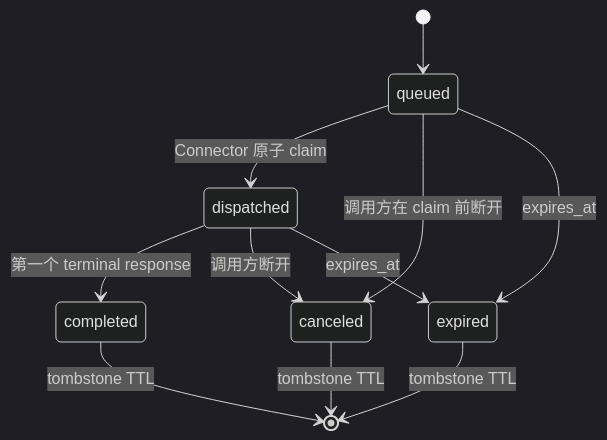
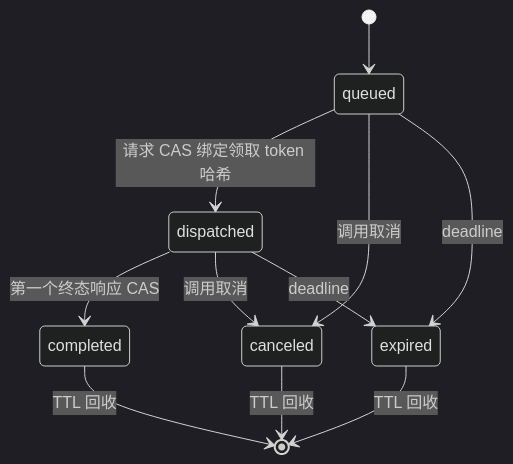
The third of 4 diagrams in docs/design/be/mcp-tunnels.md (superduck-ai/open-managed-agents), drawn with Mermaid (dark theme) before and after one commit. The commit also changed other lines of this file and 60 other files, not shown here.

````diff
--- a/docs/design/be/mcp-tunnels.md
+++ b/docs/design/be/mcp-tunnels.md
@@ -205,13 +207,13 @@
 ```mermaid
 stateDiagram-v2
     [*] --> queued
-    queued --> dispatched: Connector 原子 claim
-    queued --> canceled: 调用方在 claim 前断开
-    queued --> expired: expires_at
-    dispatched --> completed: 第一个 terminal response
-    dispatched --> canceled: 调用方断开
-    dispatched --> expired: expires_at
-    completed --> [*]: tombstone TTL
-    canceled --> [*]: tombstone TTL
-    expired --> [*]: tombstone TTL
+    queued --> dispatched: 请求 CAS 绑定领取 token 哈希
+    queued --> canceled: 调用取消
+    queued --> expired: deadline
+    dispatched --> completed: 第一个终态响应 CAS
+    dispatched --> canceled: 调用取消
+    dispatched --> expired: deadline
+    completed --> [*]: TTL 回收
+    canceled --> [*]: TTL 回收
+    expired --> [*]: TTL 回收
 ```
````
